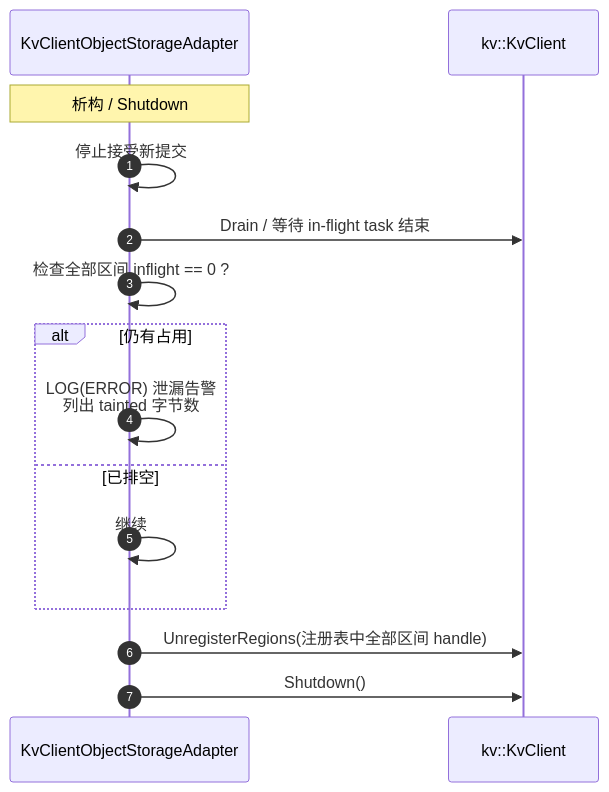
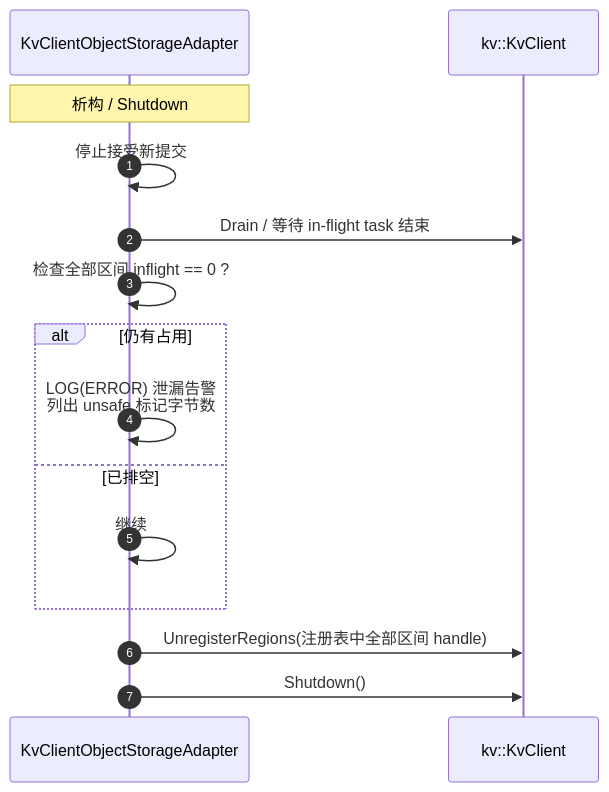
Diagram 13 of 13 in Mooncake + KVClient L3 接入（Kvcs）- v3.md (zwj20000328-dotcom/Mooncake-documents), drawn with Mermaid before and after one commit. The commit also changed other lines of this file, not shown here.

````diff
--- a/Mooncake + KVClient L3 接入（Kvcs）- v3.md
+++ b/Mooncake + KVClient L3 接入（Kvcs）- v3.md
@@ -763,18 +763,18 @@
 ```mermaid
 sequenceDiagram
     autonumber
     participant AD as KvClientObjectStorageAdapter
     participant SDK as kv::KvClient
 
     Note over AD: 析构 / Shutdown
     AD->>AD: 停止接受新提交
     AD->>SDK: Drain / 等待 in-flight task 结束
     AD->>AD: 检查全部区间 inflight == 0 ?
     alt 仍有占用
-        AD->>AD: LOG(ERROR) 泄漏告警<br/>列出 tainted 字节数
+        AD->>AD: LOG(ERROR) 泄漏告警<br/>列出 unsafe 标记字节数
     else 已排空
         AD->>AD: 继续
     end
     AD->>SDK: UnregisterRegions(注册表中全部区间 handle)
     AD->>SDK: Shutdown()
 ```
````
